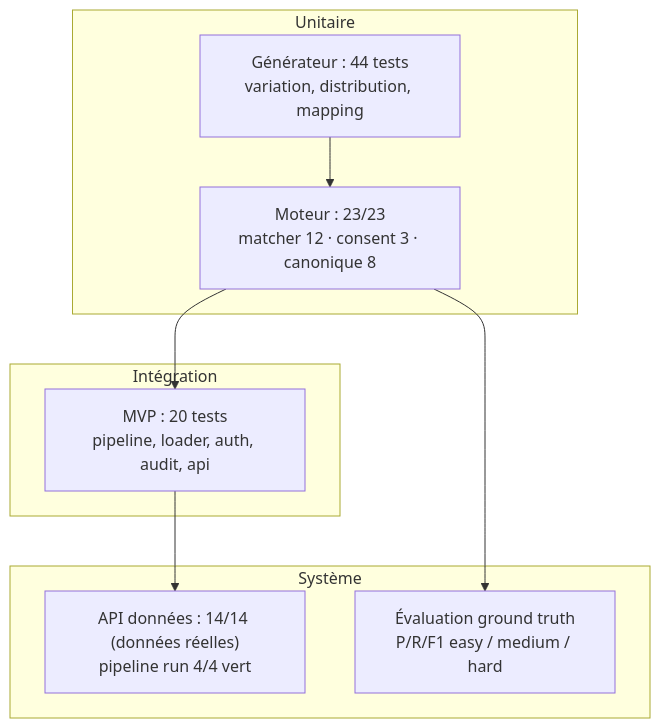
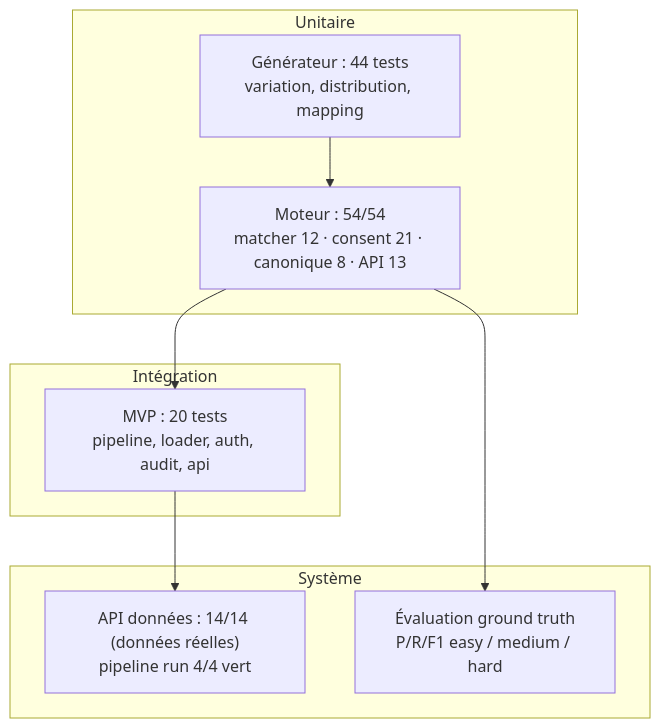
Before and after one commit to Alphamanjaka/test-big-data: the diagram in chapters/07-tests.md, drawn with Mermaid. The commit also changed other lines of this file and 21 other files, not shown here.

````diff
--- a/chapters/07-tests.md
+++ b/chapters/07-tests.md
@@ -19,16 +19,16 @@
 ```mermaid
 flowchart TD
     subgraph Unitaire
         G["Générateur : 44 tests<br/>variation, distribution, mapping"]
-        E["Moteur : 23/23<br/>matcher 12 · consent 3 · canonique 8"]
+        E["Moteur : 54/54<br/>matcher 12 · consent 21 · canonique 8 · API 13"]
     end
     subgraph Intégration
         MVP["MVP : 20 tests<br/>pipeline, loader, auth, audit, api"]
     end
     subgraph Système
         API["API données : 14/14 (données réelles)<br/>pipeline run 4/4 vert"]
         EVAL["Évaluation ground truth<br/>P/R/F1 easy / medium / hard"]
     end
     G --> E --> MVP --> API
     E --> EVAL
 ```
````
